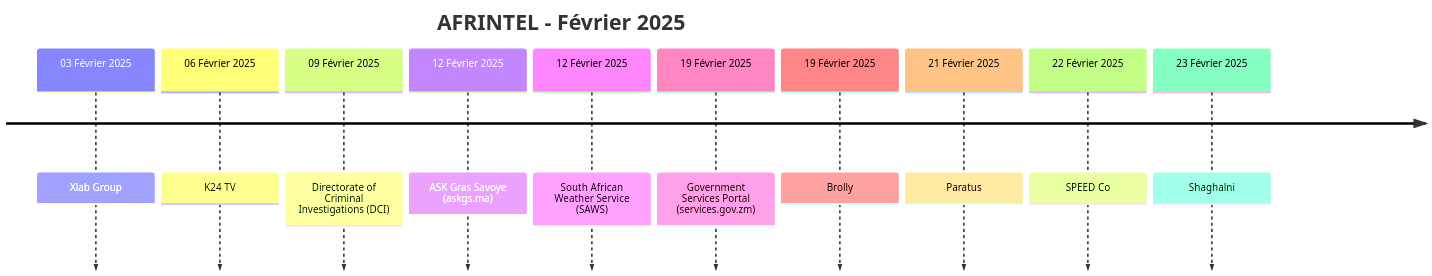
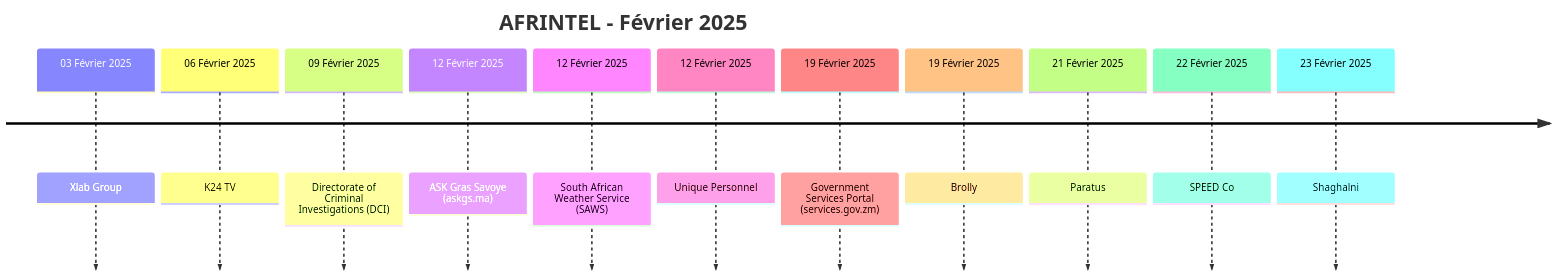
The second of 2 diagrams in CyberAttackAfrica/2025/02-february/README_FR.md (Hatchepsoute/AFRINTEL), drawn with Mermaid before and after one commit. The commit also changed other lines of this file and 401 other files, not shown here.

````diff
--- a/CyberAttackAfrica/2025/02-february/README_FR.md
+++ b/CyberAttackAfrica/2025/02-february/README_FR.md
@@ -153,14 +155,15 @@
 ```mermaid
 timeline
     title AFRINTEL - Février 2025
     03 Février 2025 : Xlab Group
     06 Février 2025 : K24 TV
     09 Février 2025 : Directorate of Criminal Investigations (DCI)
     12 Février 2025 : ASK Gras Savoye (askgs.ma)
     12 Février 2025 : South African Weather Service (SAWS)
+    12 Février 2025 : Unique Personnel
     19 Février 2025 : Government Services Portal (services.gov.zm)
     19 Février 2025 : Brolly
     21 Février 2025 : Paratus
     22 Février 2025 : SPEED Co
     23 Février 2025 : Shaghalni
 ```
````
